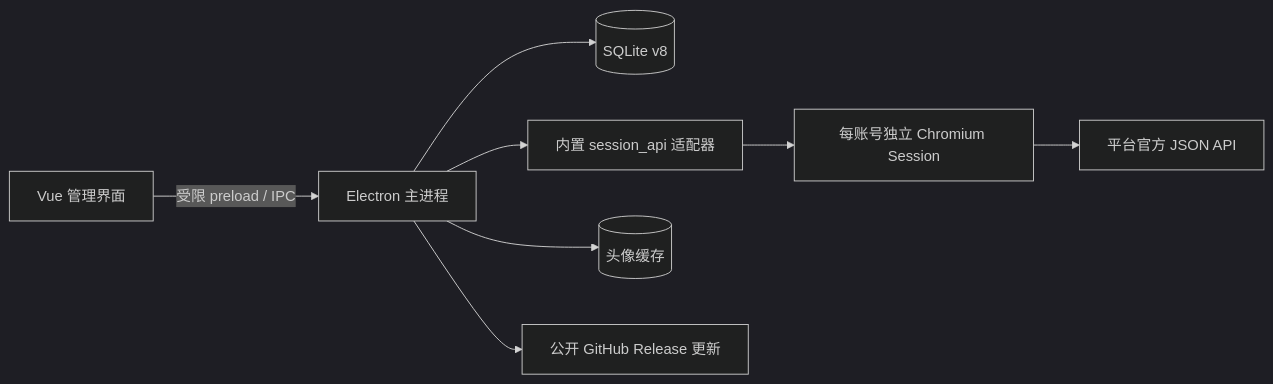
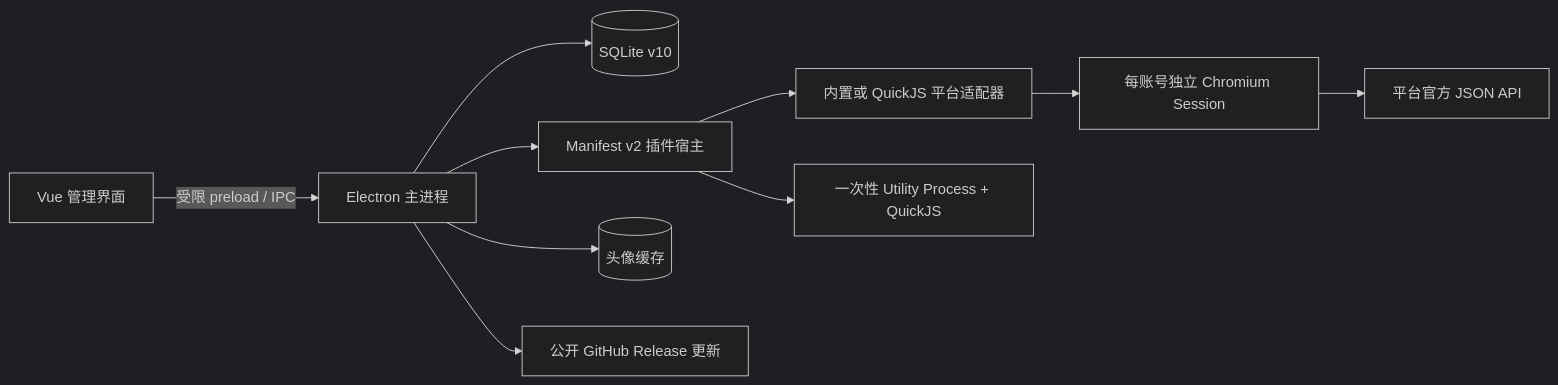
Before and after one commit to nzmxd/streamfold: the diagram in README.md, drawn with Mermaid (dark theme). The commit also changed other lines of this file and 151 other files, not shown here.

````diff
--- a/README.md
+++ b/README.md
@@ -49,10 +50,12 @@
 ```mermaid
 flowchart LR
     UI["Vue 管理界面"] -->|受限 preload / IPC| MAIN["Electron 主进程"]
-    MAIN --> DB[("SQLite v8")]
-    MAIN --> ADAPTER["内置 session_api 适配器"]
+    MAIN --> DB[("SQLite v10")]
+    MAIN --> HOST["Manifest v2 插件宿主"]
+    HOST --> ADAPTER["内置或 QuickJS 平台适配器"]
     ADAPTER --> BROWSER["每账号独立 Chromium Session"]
+    HOST --> QJS["一次性 Utility Process + QuickJS"]
     BROWSER --> JSON["平台官方 JSON API"]
     MAIN --> MEDIA[("头像缓存")]
     MAIN --> UPDATE["公开 GitHub Release 更新"]
 ```
````
